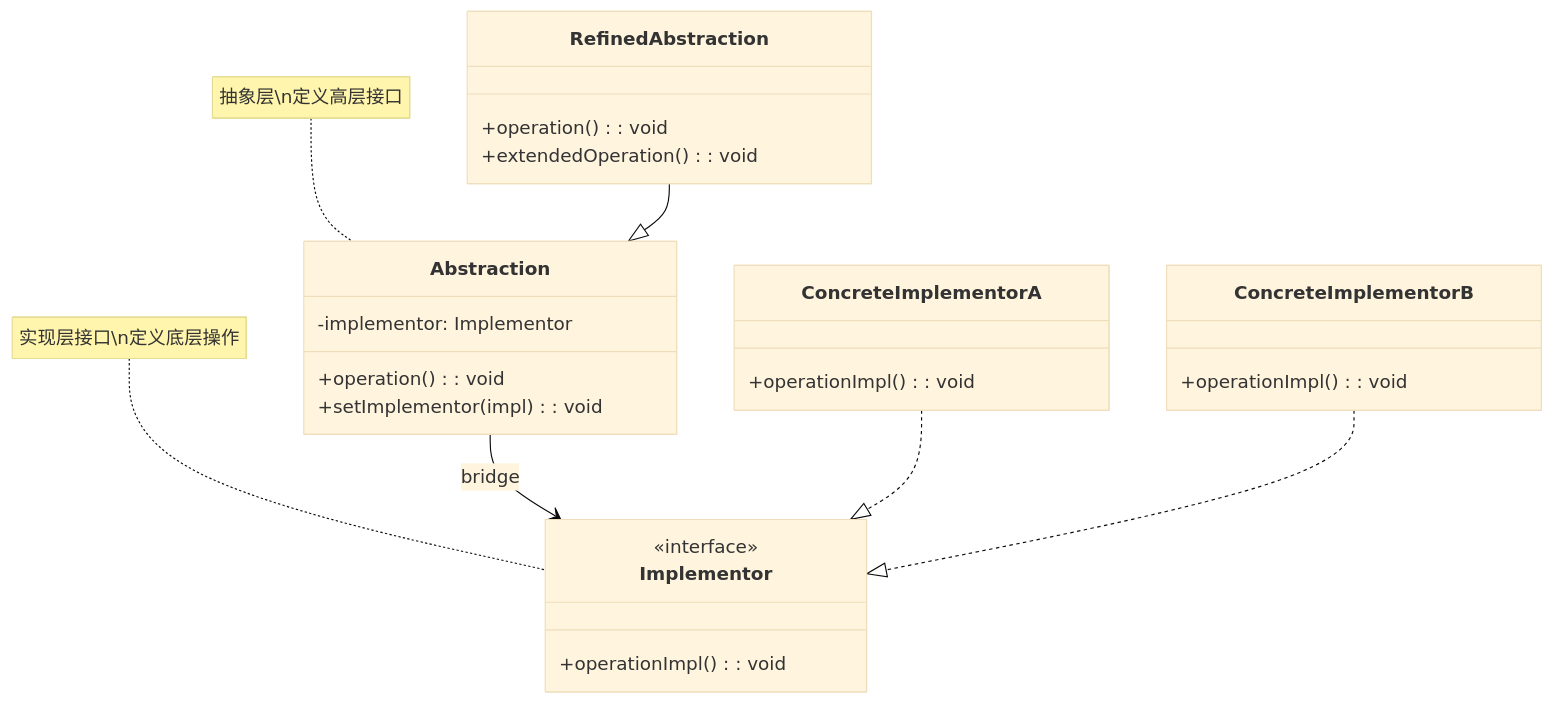
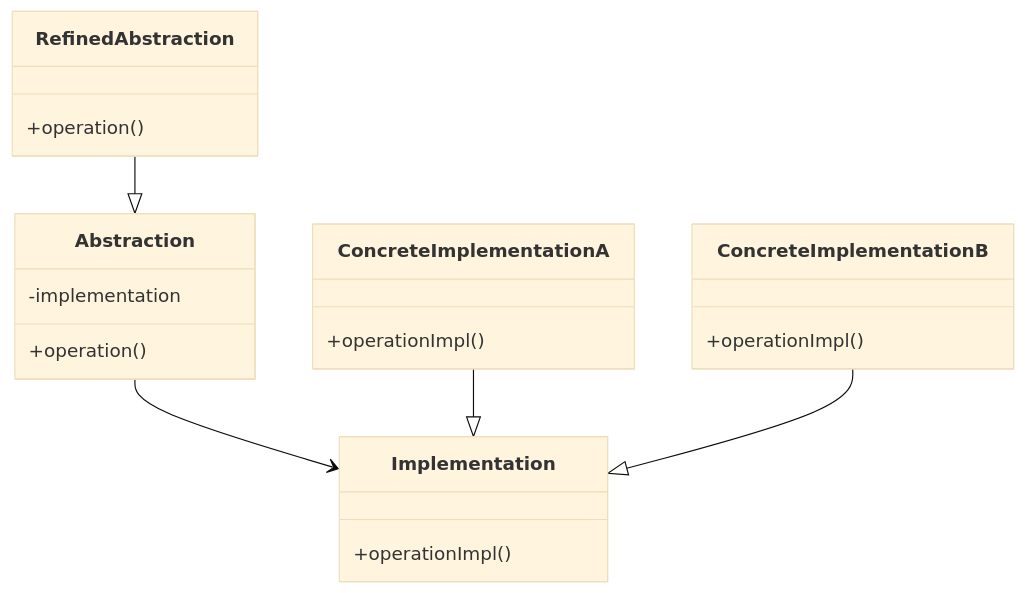
Before and after one commit to fanly/DesignPattern: the first of 2 diagrams in resources/design-patterns/laravel/structural/bridge_zh.md, drawn with Mermaid (base theme). The commit also changed other lines of this file and 103 other files, not shown here.

````diff
--- a/resources/design-patterns/laravel/structural/bridge_zh.md
+++ b/resources/design-patterns/laravel/structural/bridge_zh.md
@@ -10,34 +17,28 @@
 ```mermaid
 classDiagram
     class Abstraction {
-        -implementor: Implementor
-        +operation(): void
-        +setImplementor(impl): void
+        -implementation
+        +operation()
     }
     
     class RefinedAbstraction {
-        +operation(): void
-        +extendedOperation(): void
+        +operation()
     }
     
-    class Implementor {
-        <<interface>>
-        +operationImpl(): void
+    class Implementation {
+        +operationImpl()
     }
     
-    class ConcreteImplementorA {
-        +operationImpl(): void
+    class ConcreteImplementationA {
+        +operationImpl()
     }
     
-    class ConcreteImplementorB {
-        +operationImpl(): void
+    class ConcreteImplementationB {
+        +operationImpl()
     }
     
-    Abstraction --> Implementor : bridge
+    Abstraction --> Implementation
     RefinedAbstraction --|> Abstraction
-    ConcreteImplementorA ..|> Implementor
-    ConcreteImplementorB ..|> Implementor
-    
-    note for Abstraction "抽象层\n定义高层接口"
-    note for Implementor "实现层接口\n定义底层操作"
+    ConcreteImplementationA --|> Implementation
+    ConcreteImplementationB --|> Implementation
 ```
````
